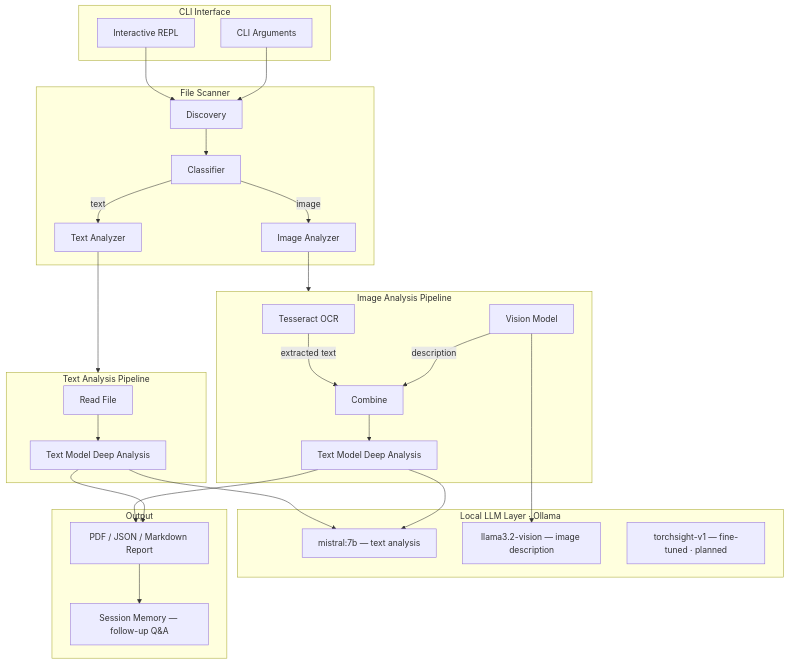
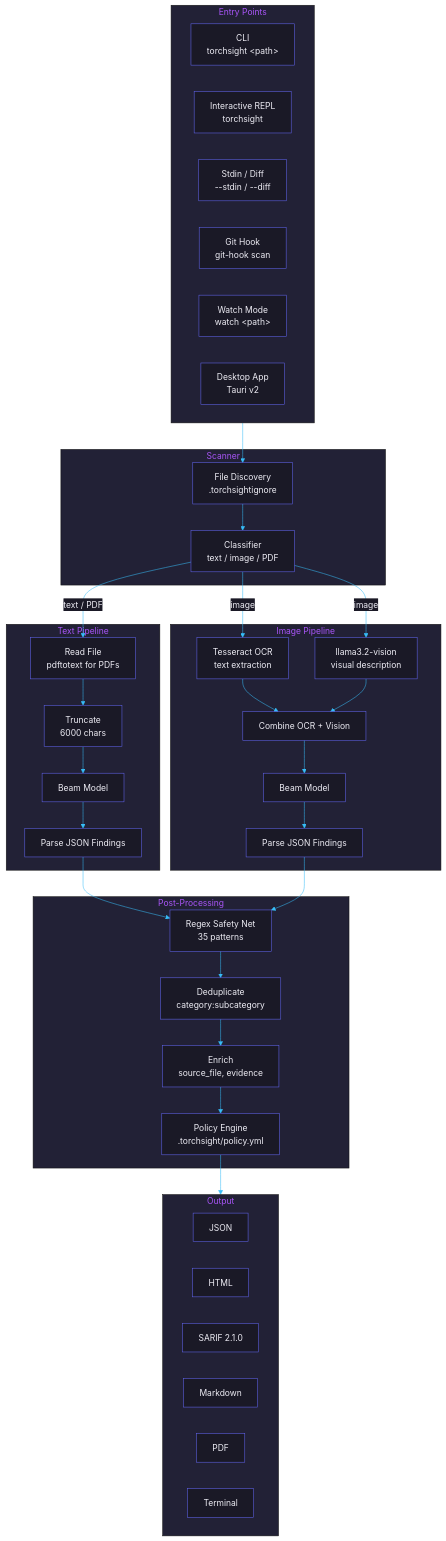
Before and after one commit to IvanDobrovolsky/torchsight: the first of 5 diagrams in docs/ARCHITECTURE.md, drawn with Mermaid. The commit also changed other lines of this file and 10 other files, not shown here.

````diff
--- a/docs/ARCHITECTURE.md
+++ b/docs/ARCHITECTURE.md
@@ -5,45 +5,62 @@
 ```mermaid
+%%{init: {'theme': 'base', 'themeVariables': {'primaryColor': '#7C3AED','primaryTextColor': '#EEEDF5','primaryBorderColor': '#6366F1','lineColor': '#38BDF8','secondaryColor': '#1A1926','tertiaryColor': '#222136','background': '#0F0E17','mainBkg': '#1A1926','nodeBorder': '#6366F1','clusterBkg': '#222136','titleColor': '#A855F7','edgeLabelBackground': '#1A1926'}}}%%
 graph TB
-    subgraph CLI["CLI Interface"]
-        REPL[Interactive REPL]
-        ARGS[CLI Arguments]
+    subgraph Entry["Entry Points"]
+        CLI["CLI<br>torchsight &lt;path&gt;"]
+        REPL["Interactive REPL<br>torchsight"]
+        STDIN["Stdin / Diff<br>--stdin / --diff"]
+        HOOK["Git Hook<br>git-hook scan"]
+        WATCH["Watch Mode<br>watch &lt;path&gt;"]
+        DESKTOP["Desktop App<br>Tauri v2"]
     end
 
-    subgraph Scanner["File Scanner"]
-        DISC[Discovery] --> CLASS[Classifier]
-        CLASS -->|text| TEXT_A[Text Analyzer]
-        CLASS -->|image| IMG_A[Image Analyzer]
+    subgraph Scanner["Scanner"]
+        DISC["File Discovery<br>.torchsightignore"]
+        CLASS["Classifier<br>text / image / PDF"]
     end
 
-    subgraph ImagePipeline["Image Analysis Pipeline"]
-        OCR[Tesseract OCR] -->|extracted text| COMBINE[Combine]
-        VISION[Vision Model] -->|description| COMBINE
-        COMBINE --> LLM_IMG[Text Model Deep Analysis]
+    subgraph TextPipeline["Text Pipeline"]
+        READ["Read File<br>pdftotext for PDFs"]
+        TRUNC["Truncate<br>6000 chars"]
+        BEAM_T["Beam Model"]
+        PARSE_T["Parse JSON Findings"]
     end
 
-    subgraph TextPipeline["Text Analysis Pipeline"]
-        READ[Read File] --> LLM_TXT[Text Model Deep Analysis]
+    subgraph ImagePipeline["Image Pipeline"]
+        OCR["Tesseract OCR<br>text extraction"]
+        VISION["llama3.2-vision<br>visual description"]
+        COMBINE["Combine OCR + Vision"]
+        BEAM_I["Beam Model"]
+        PARSE_I["Parse JSON Findings"]
     end
 
-    subgraph Models["Local LLM Layer · Ollama"]
-        MISTRAL[mistral:7b — text analysis]
-        LLAMA_V[llama3.2-vision — image description]
-        CUSTOM[torchsight-v1 — fine-tuned · planned]
+    subgraph PostProcess["Post-Processing"]
+        REGEX["Regex Safety Net<br>35 patterns"]
+        DEDUP["Deduplicate<br>category:subcategory"]
+        ENRICH["Enrich<br>source_file, evidence"]
+        POLICY["Policy Engine<br>.torchsight/policy.yml"]
     end
 
     subgraph Output["Output"]
-        REPORT[PDF / JSON / Markdown Report]
-        SESSION[Session Memory — follow-up Q&A]
+        JSON_OUT["JSON"]
+        HTML_OUT["HTML"]
+        SARIF_OUT["SARIF 2.1.0"]
+        MD_OUT["Markdown"]
+        PDF_OUT["PDF"]
+        TERM_OUT["Terminal"]
     end
 
-    REPL --> DISC
-    ARGS --> DISC
-    TEXT_A --> TextPipeline
-    IMG_A --> ImagePipeline
-    LLM_TXT --> MISTRAL
-    LLM_IMG --> MISTRAL
-    VISION --> LLAMA_V
-    LLM_IMG --> REPORT
-    LLM_TXT --> REPORT
-    REPORT --> SESSION
+    Entry --> DISC
+    DISC --> CLASS
+    CLASS -->|text / PDF| READ
+    CLASS -->|image| OCR
+    CLASS -->|image| VISION
+    READ --> TRUNC --> BEAM_T --> PARSE_T
+    OCR --> COMBINE
+    VISION --> COMBINE
+    COMBINE --> BEAM_I --> PARSE_I
+    PARSE_T --> REGEX
+    PARSE_I --> REGEX
+    REGEX --> DEDUP --> ENRICH --> POLICY
+    POLICY --> Output
 ```
````
